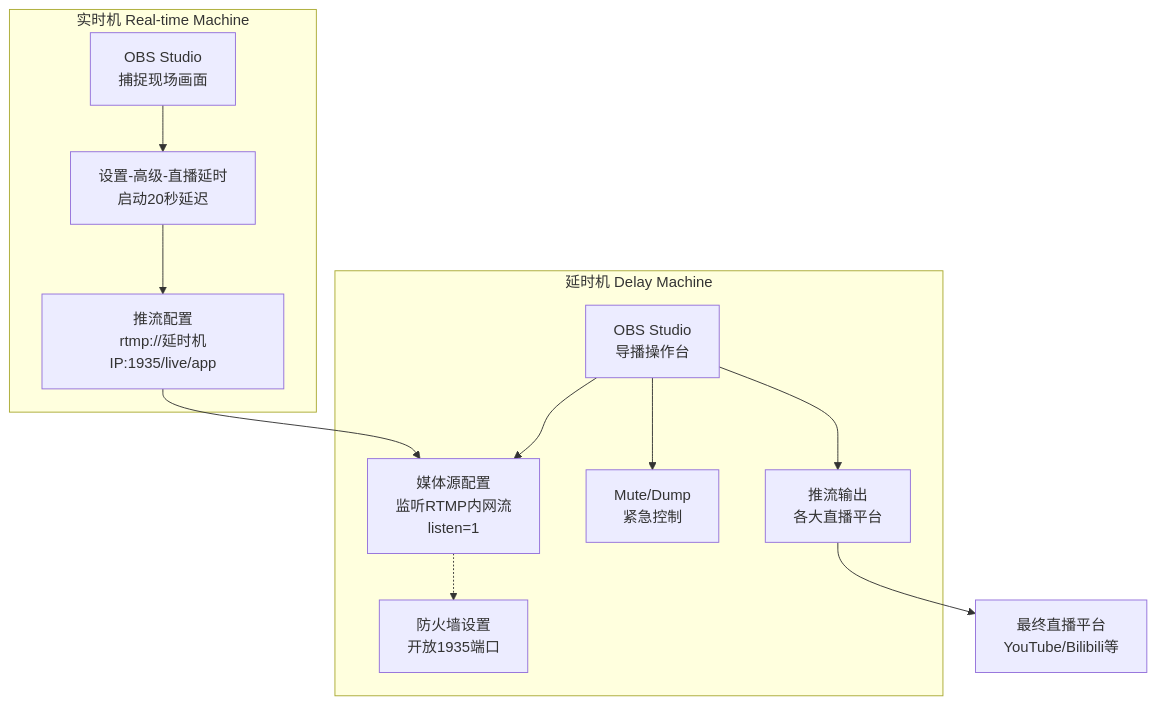
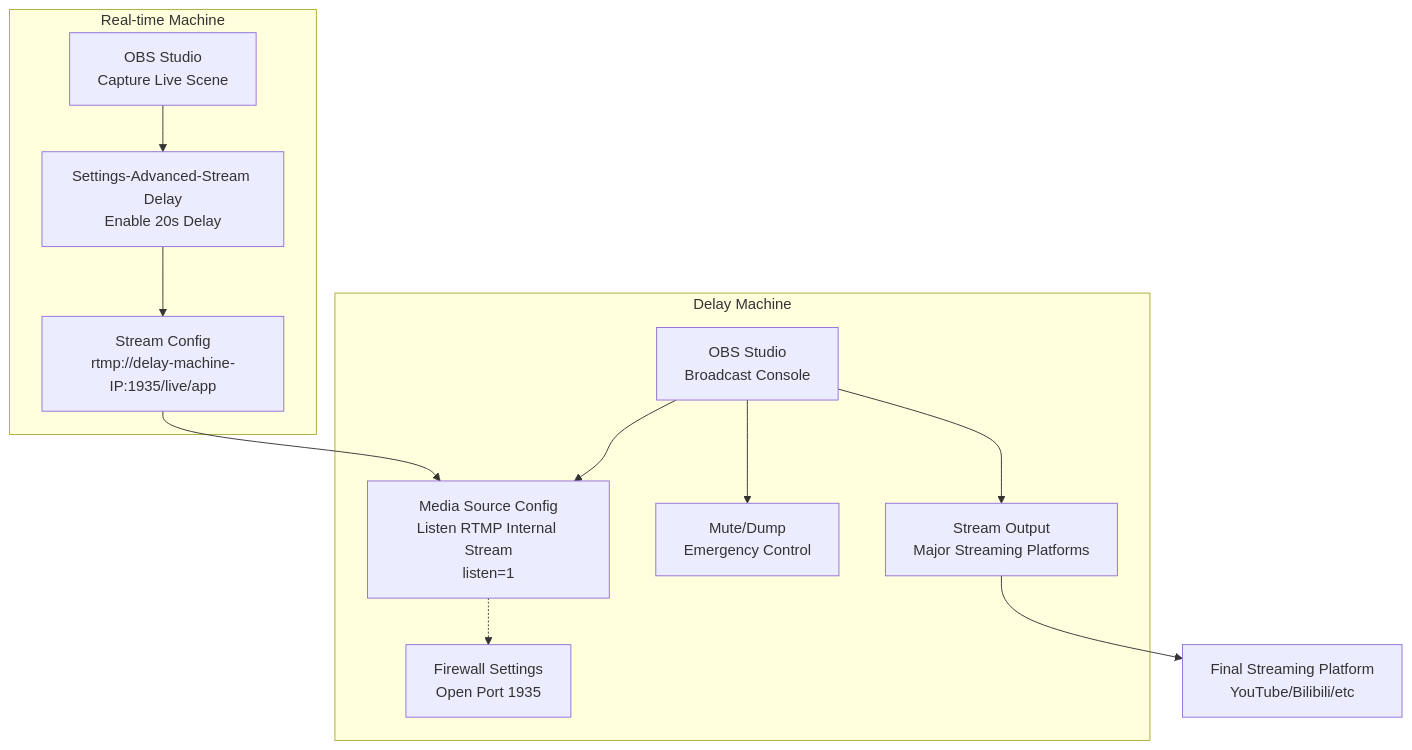
One commit to gaezon/AstroPaper-blog changed the diagram in src/data/blog/en/OBS-safe-broadcast-pitfalls.md. Above: the diagram before and after it, drawn with Mermaid. The commit also changed other lines of this file, not shown here.

Commit message:
fix: translate Chinese content to English in OBS English article

````diff
--- a/src/data/blog/en/OBS-safe-broadcast-pitfalls.md
+++ b/src/data/blog/en/OBS-safe-broadcast-pitfalls.md
@@ -191,28 +191,28 @@
 ```mermaid
 graph TD
-    subgraph A ["实时机 Real-time Machine"]
-        A1["OBS Studio<br/>捕捉现场画面"]
-        A2["设置-高级-直播延时<br/>启动20秒延迟"]
-        A3["推流配置<br/>rtmp://延时机IP:1935/live/app"]
+    subgraph A ["Real-time Machine"]
+        A1["OBS Studio<br/>Capture Live Scene"]
+        A2["Settings-Advanced-Stream Delay<br/>Enable 20s Delay"]
+        A3["Stream Config<br/>rtmp://delay-machine-IP:1935/live/app"]
         A1 --> A2
         A2 --> A3
     end
 
-    subgraph B ["延时机 Delay Machine"]
-        B1["OBS Studio<br/>导播操作台"]
-        B2["媒体源配置<br/>监听RTMP内网流<br/>listen=1"]
-        B3["Mute/Dump<br/>紧急控制"]
-        B4["推流输出<br/>各大直播平台"]
-        B5["防火墙设置<br/>开放1935端口"]
+    subgraph B ["Delay Machine"]
+        B1["OBS Studio<br/>Broadcast Console"]
+        B2["Media Source Config<br/>Listen RTMP Internal Stream<br/>listen=1"]
+        B3["Mute/Dump<br/>Emergency Control"]
+        B4["Stream Output<br/>Major Streaming Platforms"]
+        B5["Firewall Settings<br/>Open Port 1935"]
 
         B1 --> B2
         B1 --> B3
         B1 --> B4
         B2 -.-> B5
     end
 
-    C["最终直播平台<br/>YouTube/Bilibili等"]
+    C["Final Streaming Platform<br/>YouTube/Bilibili/etc"]
 
     A3 --> B2
     B4 --> C
 ```
````
